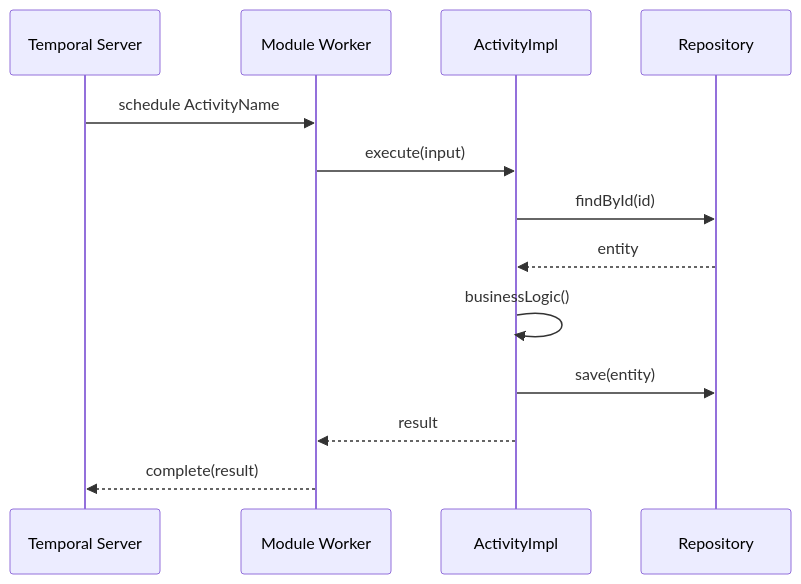
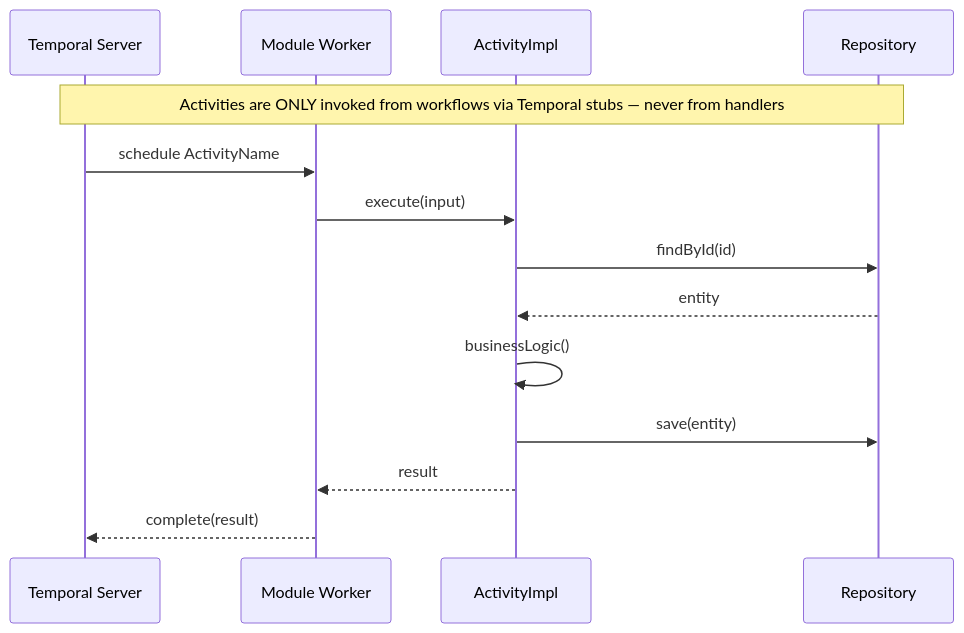
One commit to asuridev/eva4j changed the third of 4 diagrams in src/skills/build-temporal-system/references/temporal-module-spec.md. Above: the diagram before and after it, drawn with Mermaid. The commit also changed other lines of this file and 3 other files, not shown here.

````diff
--- a/src/skills/build-temporal-system/references/temporal-module-spec.md
+++ b/src/skills/build-temporal-system/references/temporal-module-spec.md
@@ -208,16 +212,17 @@
 ```mermaid
 sequenceDiagram
     participant Temporal as Temporal Server
     participant Worker as Module Worker
     participant Activity as ActivityImpl
     participant Repo as Repository
 
+    Note over Temporal,Repo: Activities are ONLY invoked from workflows via Temporal stubs — never from handlers
     Temporal->>Worker: schedule ActivityName
     Worker->>Activity: execute(input)
     Activity->>Repo: findById(id)
     Repo-->>Activity: entity
     Activity->>Activity: businessLogic()
     Activity->>Repo: save(entity)
     Activity-->>Worker: result
     Worker-->>Temporal: complete(result)
 ```
````
